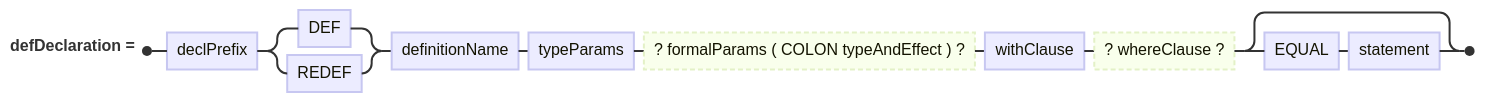
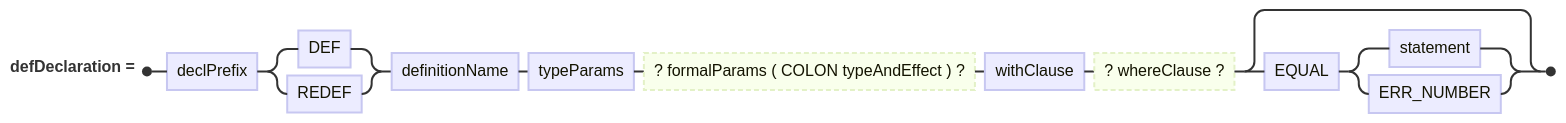
Before and after one commit to wstein/flix-antlr-grammar: the third of 16 diagrams in docs/RAILROAD.md, drawn with Mermaid. The commit also changed 8 other files, not shown here.

````diff
--- a/docs/RAILROAD.md
+++ b/docs/RAILROAD.md
@@ -35,4 +35,5 @@
 ```mermaid
 railroad-ebnf-beta
-defDeclaration ::= declPrefix ( DEF | REDEF ) definitionName typeParams? formalParams ( COLON typeAndEffect )? withClause? whereClause? ( EQUAL statement )? ;
+defDeclaration ::= declPrefix ( DEF | REDEF ) definitionName typeParams? formalParams ( COLON typeAndEffect )? withClause? whereClause? ( EQUAL ( statement
+    | ERR_NUMBER ) )? ;
 ```
````
